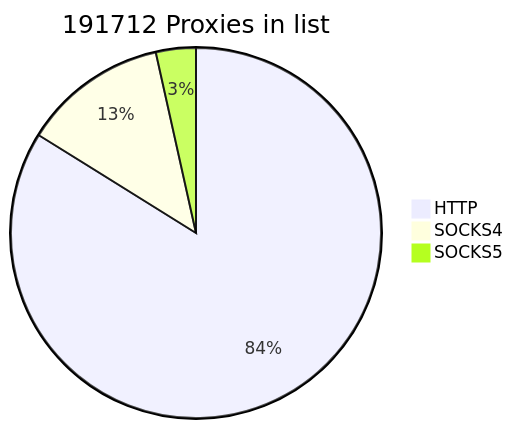
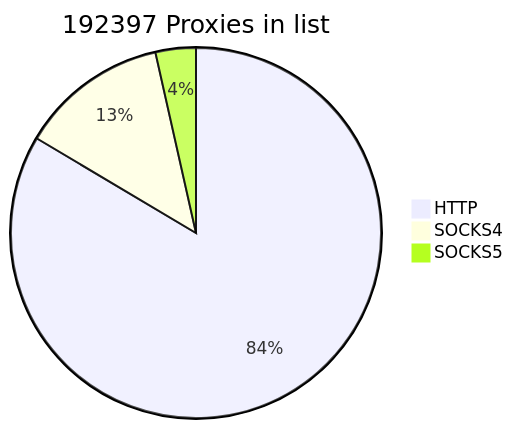
One commit to cutipu/proxylist changed the first of 2 diagrams in README.md. Above: the diagram before and after it, drawn with Mermaid. The commit also changed other lines of this file, not shown here.

````diff
--- a/README.md
+++ b/README.md
@@ -2,7 +2,7 @@
 ```mermaid
-pie title 191712 Proxies in list
-    "HTTP" : 160769
-    "SOCKS4" : 24260
-    "SOCKS5" : 6683
+pie title 192397 Proxies in list
+    "HTTP" : 160717
+    "SOCKS4" : 24907
+    "SOCKS5" : 6773
             
 ```
````
